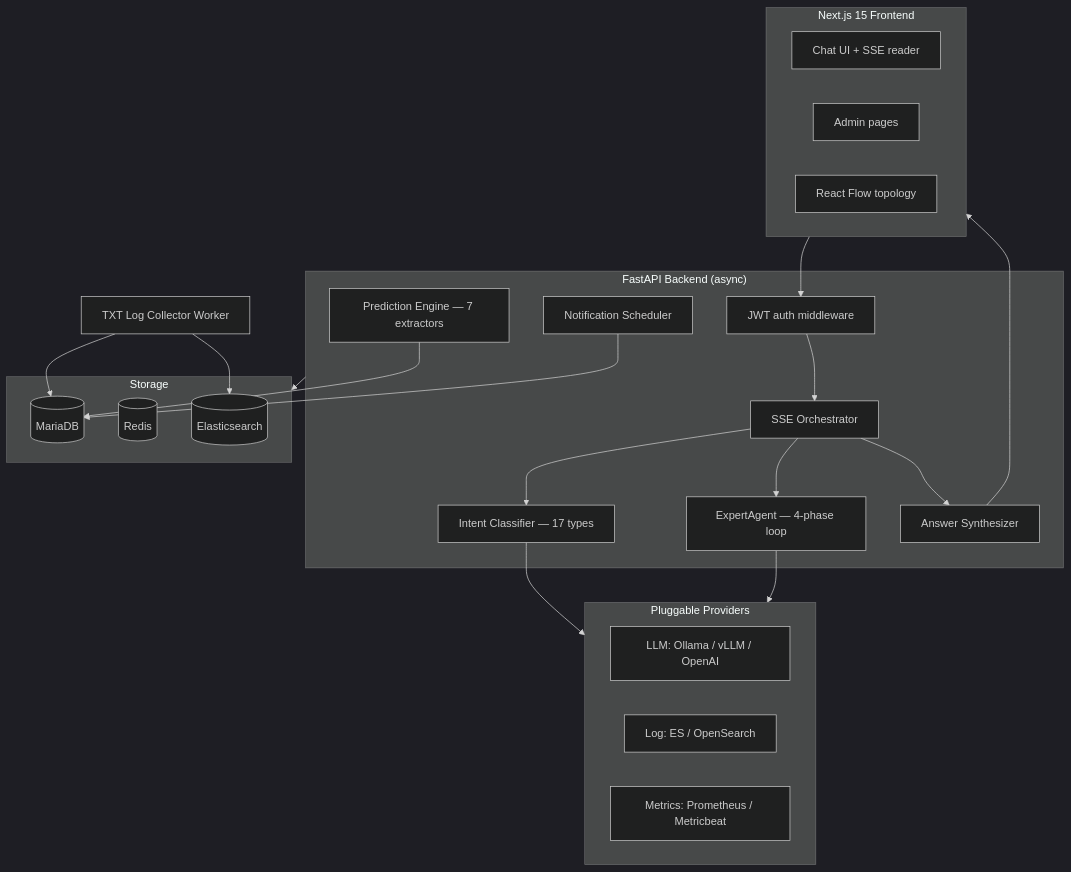
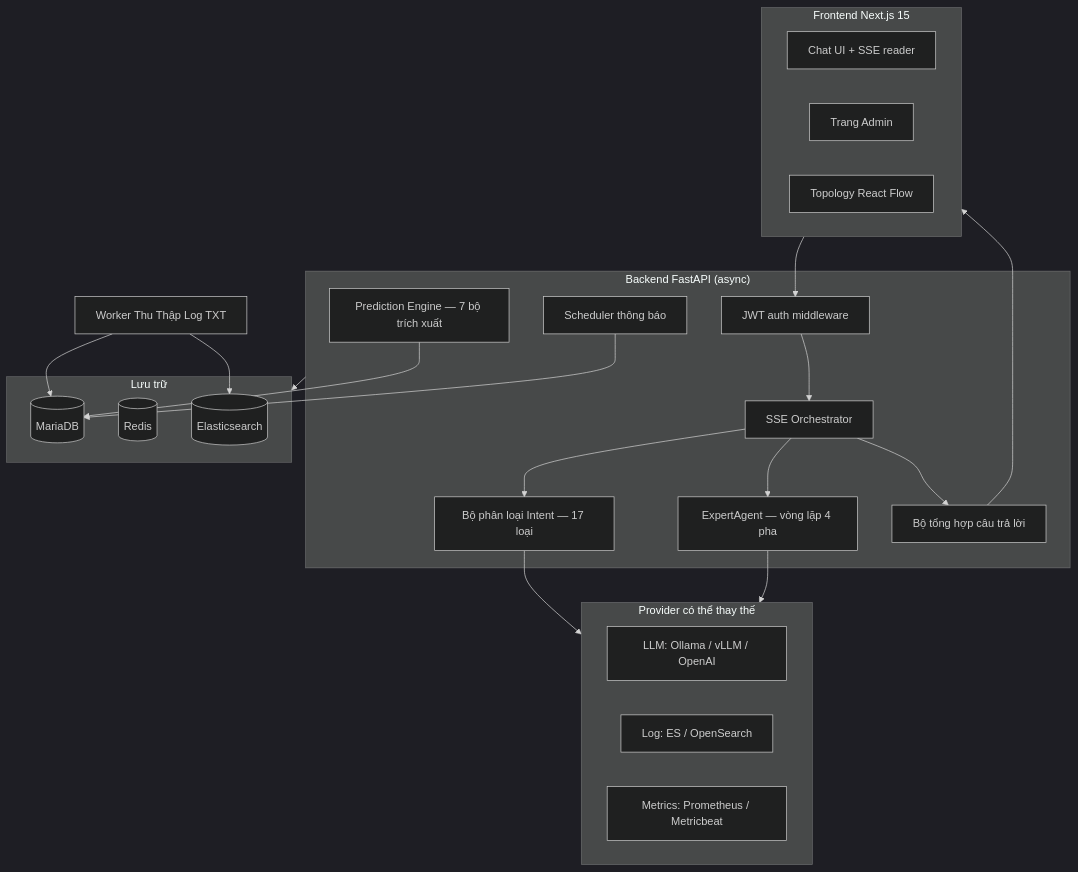
Before and after one commit to HaManhDong/aiops: the first of 2 diagrams in README.md, drawn with Mermaid (dark theme). The commit also changed other lines of this file, not shown here.

````diff
--- a/README.md
+++ b/README.md
@@ -96,43 +90,43 @@
 ```mermaid
 flowchart TB
-    subgraph Frontend ["Next.js 15 Frontend"]
+    subgraph Frontend ["Frontend Next.js 15"]
         UI[Chat UI + SSE reader]
-        Admin[Admin pages]
-        Topo[React Flow topology]
+        Admin[Trang Admin]
+        Topo[Topology React Flow]
     end
 
-    subgraph API ["FastAPI Backend (async)"]
+    subgraph API ["Backend FastAPI (async)"]
         Auth[JWT auth middleware]
         Orch[SSE Orchestrator]
-        Intent[Intent Classifier — 17 types]
-        Expert[ExpertAgent — 4-phase loop]
-        Synth[Answer Synthesizer]
-        Pred[Prediction Engine — 7 extractors]
-        Notif[Notification Scheduler]
+        Intent[Bộ phân loại Intent — 17 loại]
+        Expert[ExpertAgent — vòng lặp 4 pha]
+        Synth[Bộ tổng hợp câu trả lời]
+        Pred[Prediction Engine — 7 bộ trích xuất]
+        Notif[Scheduler thông báo]
     end
 
-    subgraph Providers ["Pluggable Providers"]
+    subgraph Providers ["Provider có thể thay thế"]
         LLM[LLM: Ollama / vLLM / OpenAI]
         LogP[Log: ES / OpenSearch]
         MetP[Metrics: Prometheus / Metricbeat]
     end
 
-    subgraph Storage ["Storage"]
+    subgraph Storage ["Lưu trữ"]
         DB[(MariaDB)]
         Cache[(Redis)]
         ES[(Elasticsearch)]
     end
 
-    Worker[TXT Log Collector Worker]
+    Worker[Worker Thu Thập Log TXT]
 
     Frontend --> Auth
     Auth --> Orch
     Orch --> Intent --> Providers
     Orch --> Expert --> Providers
     Orch --> Synth --> Frontend
     Pred --> DB
     Notif --> DB
     Worker --> ES
     Worker --> DB
     API --> Storage
 ```
````
